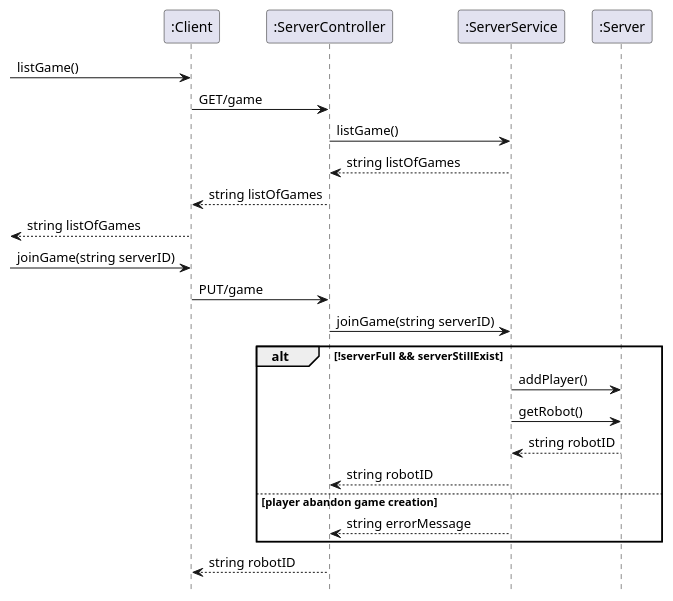
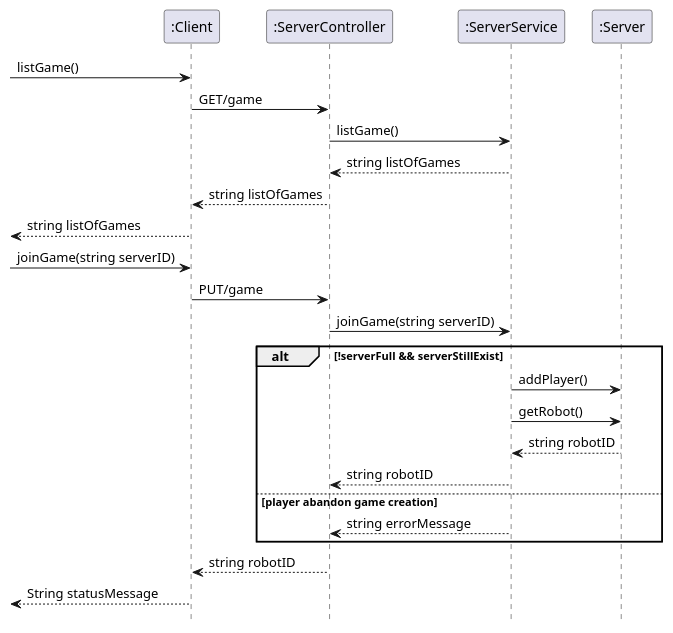
The diagram in diagrams/Server SSD's/Join_Game.puml (MikaelFangel/RoboRally), drawn with PlantUML before and after one commit.

Commit message:
Small change in Join_Game.puml

```diff
--- a/diagrams/Server SSD's/Join_Game.puml
+++ b/diagrams/Server SSD's/Join_Game.puml
@@ -1,30 +1,31 @@
 @startuml
 'https://plantuml.com/sequence-diagram
 
 hide footbox
 
 Participant ":Client" as client
 Participant ":ServerController" as server
 Participant ":ServerService" as service
 participant ":Server" as game
 
 -> client : listGame()
 client -> server : GET/game
 server -> service : listGame()
 server <-- service : string listOfGames
 client <-- server : string listOfGames
 <-- client : string listOfGames
 -> client : joinGame(string serverID)
 client -> server : PUT/game
 server -> service : joinGame(string serverID)
 alt !serverFull && serverStillExist
     service -> game : addPlayer()
     service -> game : getRobot()
     service <-- game : string robotID
     server <-- service : string robotID
 else player abandon game creation
     server <-- service : string errorMessage
 end
 client <-- server : string robotID
+<-- client: String statusMessage
 
 @enduml
```
